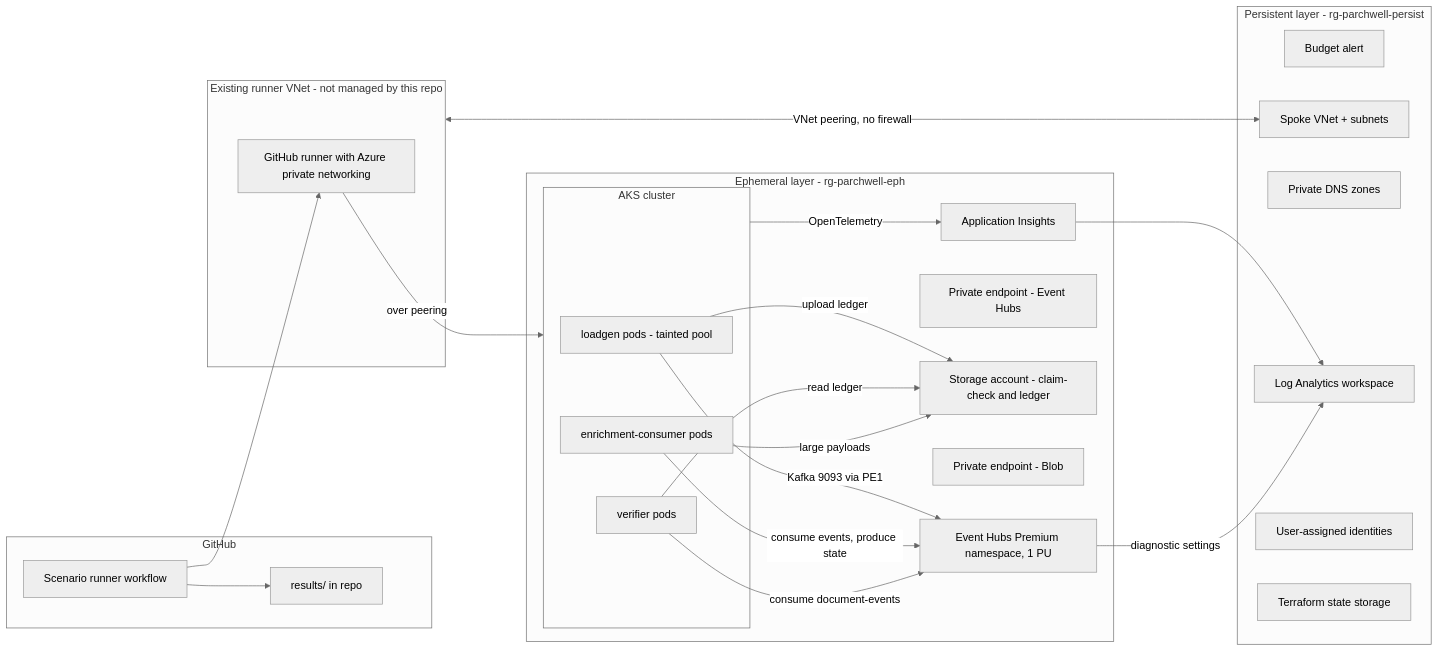
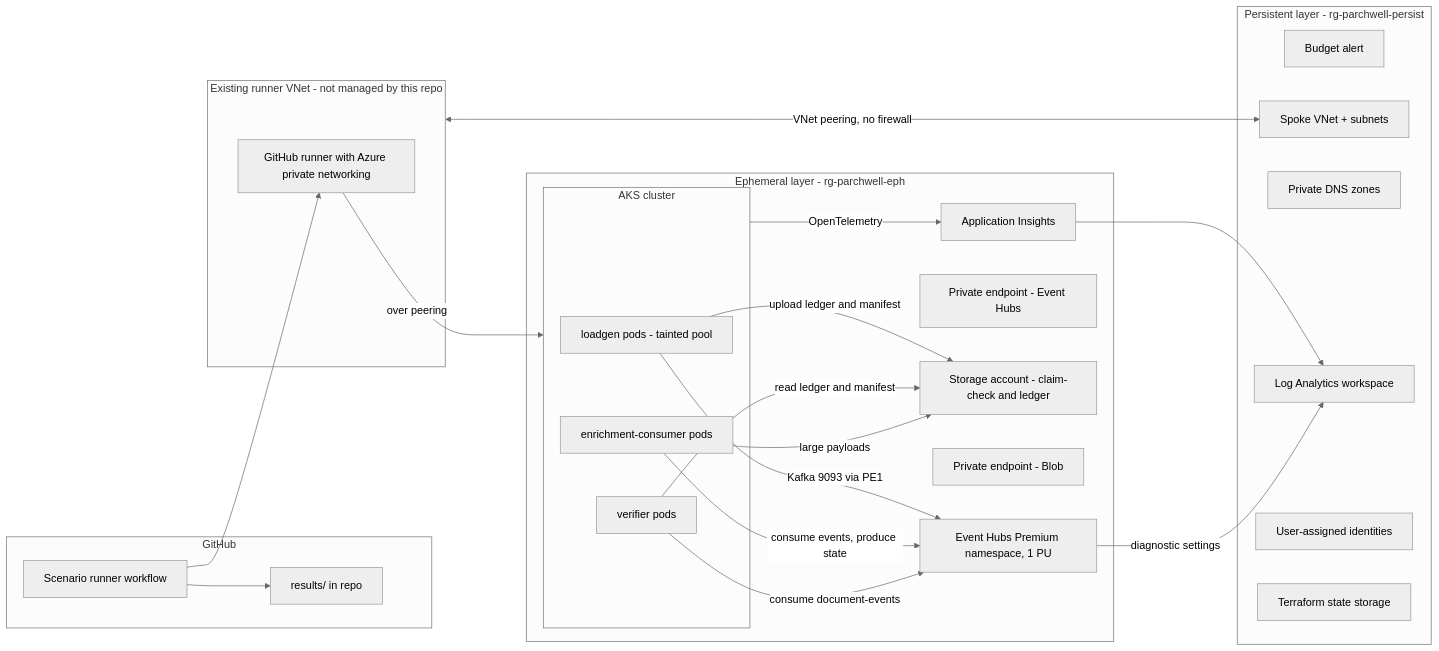
One commit to collaborationwithothers/eventhubs-kafka-dotnet changed the diagram in docs/blueprint.md. Above: the diagram before and after it, drawn with Mermaid (neutral theme). The commit also changed other lines of this file and 1 other file, not shown here.

````diff
--- a/docs/blueprint.md
+++ b/docs/blueprint.md
@@ -60,43 +60,43 @@
 ```mermaid
 flowchart LR
   subgraph GH[GitHub]
     WF[Scenario runner workflow]
     RES[results/ in repo]
   end
   subgraph RVN[Existing runner VNet - not managed by this repo]
     RUN[GitHub runner with Azure private networking]
   end
   subgraph PERSIST[Persistent layer - rg-parchwell-persist]
     BUD[Budget alert]
     VNET[Spoke VNet + subnets]
     DNS[Private DNS zones]
     LAW[Log Analytics workspace]
     UAMI[User-assigned identities]
     TFS[Terraform state storage]
   end
   subgraph EPH[Ephemeral layer - rg-parchwell-eph]
     subgraph AKS[AKS cluster]
       LG[loadgen pods - tainted pool]
       EC[enrichment-consumer pods]
       VER[verifier pods]
     end
     EHN[Event Hubs Premium namespace, 1 PU]
     PE1[Private endpoint - Event Hubs]
     BLOB[Storage account - claim-check and ledger]
     PE2[Private endpoint - Blob]
     AI[Application Insights]
   end
   WF --> RUN
   RVN <-->|VNet peering, no firewall| VNET
   RUN -->|over peering| AKS
   LG -->|Kafka 9093 via PE1| EHN
   EC -->|consume events, produce state| EHN
   VER -->|consume document-events| EHN
-  LG -->|upload ledger| BLOB
-  VER -->|read ledger| BLOB
+  LG -->|upload ledger and manifest| BLOB
+  VER -->|read ledger and manifest| BLOB
   EC -->|large payloads| BLOB
   AKS -->|OpenTelemetry| AI
   AI --> LAW
   EHN -->|diagnostic settings| LAW
   WF --> RES
 ```
````
